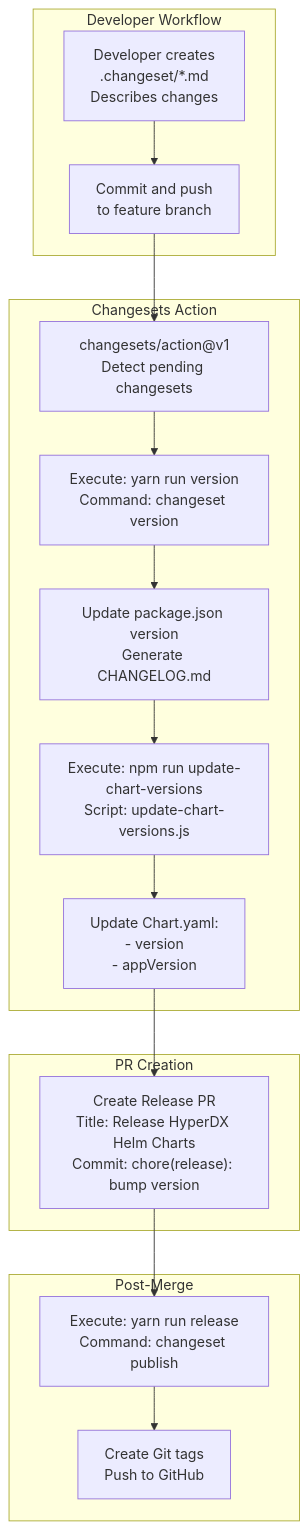
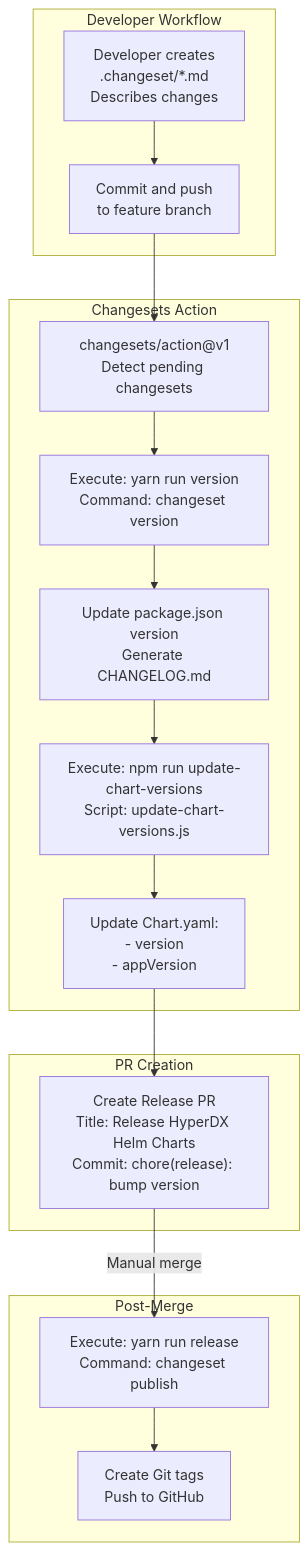
One commit to openchoreo/openchoreo changed the fifth of 7 diagrams in docs/hyperdxio-helm-charts-docs/CI-CD-Pipeline.md. Above: the diagram before and after it, drawn with Mermaid. The commit also changed other lines of this file and 85 other files, not shown here.

Commit message:
feat: Add new workflow and specification templates, update Helm chart dependencies, and clarify documentation diagrams.

````diff
--- a/docs/hyperdxio-helm-charts-docs/CI-CD-Pipeline.md
+++ b/docs/hyperdxio-helm-charts-docs/CI-CD-Pipeline.md
@@ -334,46 +334,46 @@
 ```mermaid
 flowchart TD
 
 ChangesetFile["Developer creates<br>.changeset/*.md<br>Describes changes"]
 CommitPush["Commit and push<br>to feature branch"]
 DetectChangesets["changesets/action@v1<br>Detect pending changesets"]
 RunVersion["Execute: yarn run version<br>Command: changeset version"]
 UpdateVersions["Update package.json version<br>Generate CHANGELOG.md"]
 RunScript["Execute: npm run update-chart-versions<br>Script: update-chart-versions.js"]
 UpdateChart["Update Chart.yaml:<br>- version<br>- appVersion"]
 CreatePR["Create Release PR<br>Title: Release HyperDX Helm Charts<br>Commit: chore(release): bump version"]
 RunPublish["Execute: yarn run release<br>Command: changeset publish"]
 CreateTags["Create Git tags<br>Push to GitHub"]
 
 CommitPush --> DetectChangesets
 UpdateChart --> CreatePR
-CreatePR --> RunPublish
+CreatePR -->|"Manual merge"| RunPublish
 
 subgraph Post-Merge ["Post-Merge"]
     RunPublish
     CreateTags
     RunPublish --> CreateTags
 end
 
 subgraph subGraph2 ["PR Creation"]
     CreatePR
 end
 
 subgraph subGraph1 ["Changesets Action"]
     DetectChangesets
     RunVersion
     UpdateVersions
     RunScript
     UpdateChart
     DetectChangesets --> RunVersion
     RunVersion --> UpdateVersions
     UpdateVersions --> RunScript
     RunScript --> UpdateChart
 end
 
 subgraph subGraph0 ["Developer Workflow"]
     ChangesetFile
     CommitPush
     ChangesetFile --> CommitPush
 end
 ```
````
